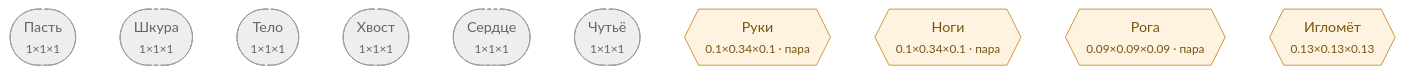
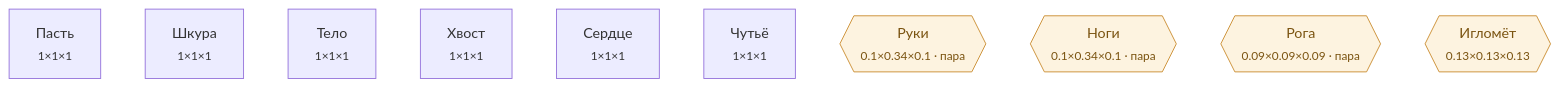
The diagram in Docs/Диаграммы/Змея.md (darklordshish/ChimeraEvolution-2026-06-26_15-29-59), drawn with Mermaid before and after one commit. The commit also changed other lines of this file and 10 other files, not shown here.

````diff
--- a/Docs/Диаграммы/Змея.md
+++ b/Docs/Диаграммы/Змея.md
@@ -18,20 +18,19 @@
 ```mermaid
 flowchart TD
-    n0(["Пасть<br/><small>1×1×1</small>"])
-    n1(["Шкура<br/><small>1×1×1</small>"])
-    n2(["Тело<br/><small>1×1×1</small>"])
-    n3(["Хвост<br/><small>1×1×1</small>"])
-    n4(["Сердце<br/><small>1×1×1</small>"])
-    n5(["Чутьё<br/><small>1×1×1</small>"])
+    n0["Пасть<br/><small>1×1×1</small>"]
+    n1["Шкура<br/><small>1×1×1</small>"]
+    n2["Тело<br/><small>1×1×1</small>"]
+    n3["Хвост<br/><small>1×1×1</small>"]
+    n4["Сердце<br/><small>1×1×1</small>"]
+    n5["Чутьё<br/><small>1×1×1</small>"]
     n6{{"Руки<br/><small>0.1×0.34×0.1 · пара</small>"}}
     n7{{"Ноги<br/><small>0.1×0.34×0.1 · пара</small>"}}
     n8{{"Рога<br/><small>0.09×0.09×0.09 · пара</small>"}}
     n9{{"Игломёт<br/><small>0.13×0.13×0.13</small>"}}
 
 
     classDef hid fill:#eee,stroke:#999,stroke-dasharray:4 3,color:#666
     classDef gr fill:#fdf3e0,stroke:#c98a2b,color:#7a5310
     classDef ch fill:#e8f2ff,stroke:#3b74c4,color:#1c3f70
-    class n0,n1,n2,n3,n4,n5 hid
     class n6,n7,n8,n9 gr
 ```
````
